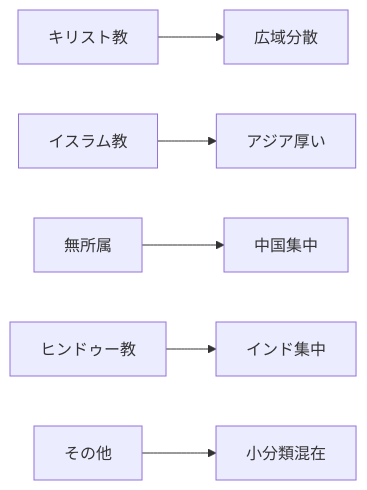
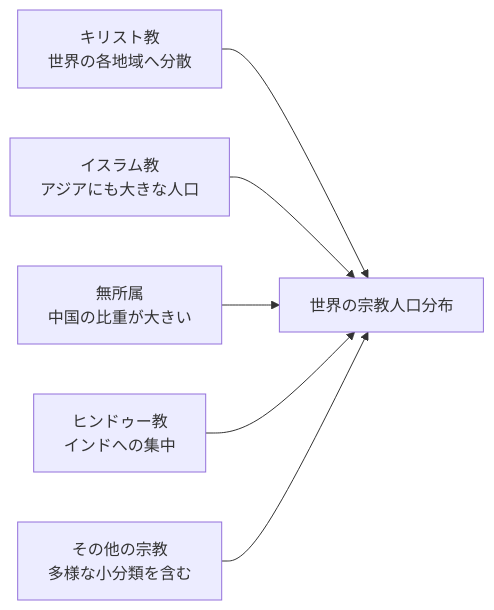
One commit to daylight55/research changed the diagram in articles/report/world-religions-demography/ja/index.mdx. Above: the diagram before and after it, drawn with Mermaid. The commit also changed 181 other files, not shown here.

First line of the commit message:
全記事の図解368点を再生成し、共通注意書きを削除 (#402)

````diff
--- a/articles/report/world-religions-demography/ja/index.mdx
+++ b/articles/report/world-religions-demography/ja/index.mdx
@@ -34,8 +34,16 @@
 ```mermaid
 flowchart LR
-  C["キリスト教"] --> D["広域分散"]
-  M["イスラム教"] --> A["アジア厚い"]
-  N["無所属"] --> X["中国集中"]
-  H["ヒンドゥー教"] --> I["インド集中"]
-  O["その他"] --> L["小分類混在"]
+  accTitle: 宗教人口の規模と地域的な集中
+  accDescr: キリスト教は広域に分布し、イスラム教はアジアにも厚い。無所属とヒンドゥー教はそれぞれ中国、インドへの集中に注意する。
+  N0["キリスト教<br/>世界の各地域へ分散"]
+  N1["イスラム教<br/>アジアにも大きな人口"]
+  N2["無所属<br/>中国の比重が大きい"]
+  N3["ヒンドゥー教<br/>インドへの集中"]
+  N4["その他の宗教<br/>多様な小分類を含む"]
+  N5["世界の宗教人口分布"]
+  N0 --> N5
+  N1 --> N5
+  N2 --> N5
+  N3 --> N5
+  N4 --> N5
 ```
````
